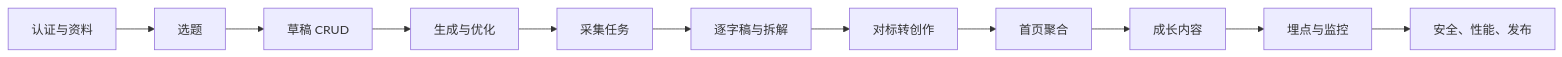
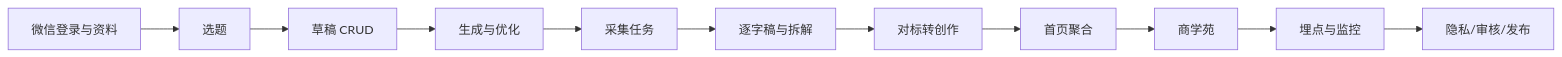
One commit to zhanglongfeng27101797/yayaxingqiu changed the diagram in docs/delivery/requirements-and-ownership.md. Above: the diagram before and after it, drawn with Mermaid. The commit also changed other lines of this file, not shown here.

````diff
--- a/docs/delivery/requirements-and-ownership.md
+++ b/docs/delivery/requirements-and-ownership.md
@@ -30,13 +48,13 @@
 ```mermaid
 flowchart LR
-    A[认证与资料] --> B[选题]
+    A[微信登录与资料] --> B[选题]
     B --> C[草稿 CRUD]
     C --> D[生成与优化]
     D --> E[采集任务]
     E --> F[逐字稿与拆解]
     F --> G[对标转创作]
     G --> H[首页聚合]
-    H --> I[成长内容]
+    H --> I[商学苑]
     I --> J[埋点与监控]
-    J --> K[安全、性能、发布]
+    J --> K[隐私/审核/发布]
 ```
````
